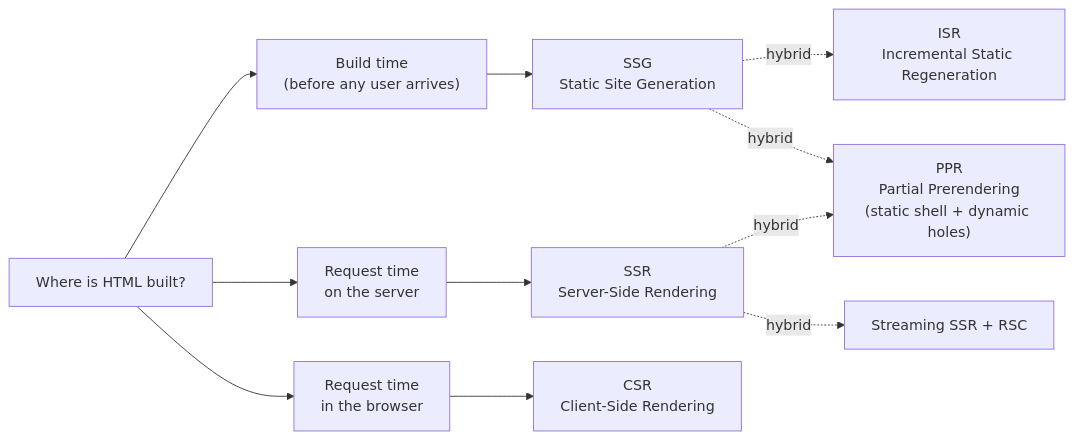
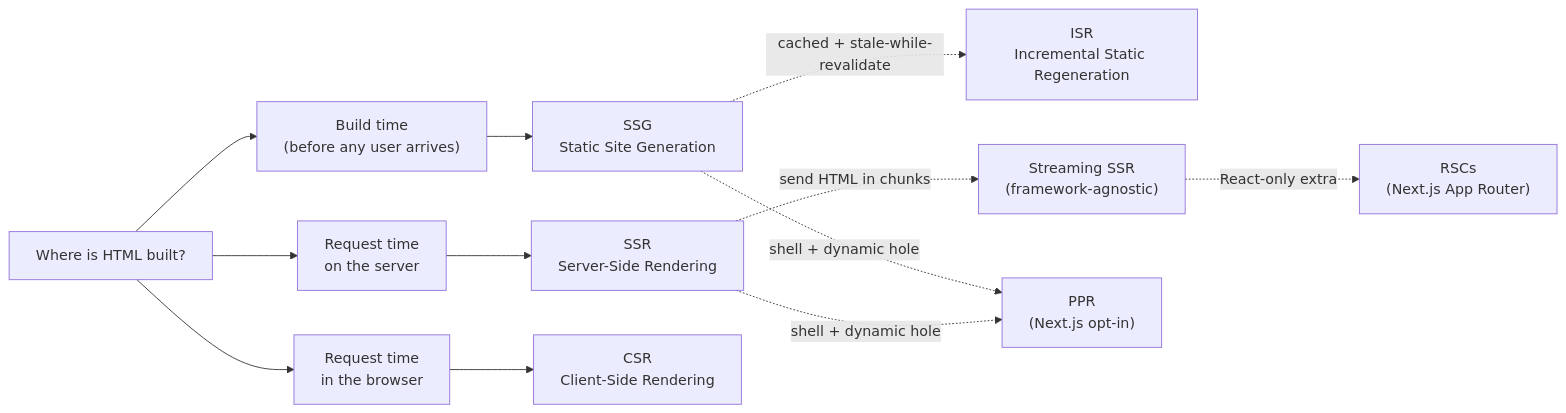
The first of 2 diagrams in docs/01-foundations/09-rendering-strategies.md (tonyx1998/modern-web-dev-guide), drawn with Mermaid before and after one commit. The commit also changed other lines of this file and 1 other file, not shown here.

First line of the commit message:
Refine rendering-strategies precision: hybrids stack, RSC ≠ streaming, PPR is Next-specific

````diff
--- a/docs/01-foundations/09-rendering-strategies.md
+++ b/docs/01-foundations/09-rendering-strategies.md
@@ -25,13 +44,14 @@
 ```mermaid
 flowchart LR
     Q["Where is HTML built?"] --> B["Build time<br/>(before any user arrives)"]
     Q --> S["Request time<br/>on the server"]
     Q --> Br["Request time<br/>in the browser"]
     B --> SSG["SSG<br/>Static Site Generation"]
     S --> SSR["SSR<br/>Server-Side Rendering"]
     Br --> CSR["CSR<br/>Client-Side Rendering"]
-    SSG -.hybrid.-> ISR["ISR<br/>Incremental Static Regeneration"]
-    SSR -.hybrid.-> Stream["Streaming SSR + RSC"]
-    SSG -.hybrid.-> PPR["PPR<br/>Partial Prerendering<br/>(static shell + dynamic holes)"]
-    SSR -.hybrid.-> PPR
+    SSG -.cached + stale-while-revalidate.-> ISR["ISR<br/>Incremental Static Regeneration"]
+    SSR -.send HTML in chunks.-> Stream["Streaming SSR<br/>(framework-agnostic)"]
+    Stream -.React-only extra.-> RSC["RSCs<br/>(Next.js App Router)"]
+    SSG -.shell + dynamic hole.-> PPR["PPR<br/>(Next.js opt-in)"]
+    SSR -.shell + dynamic hole.-> PPR
 ```
````
